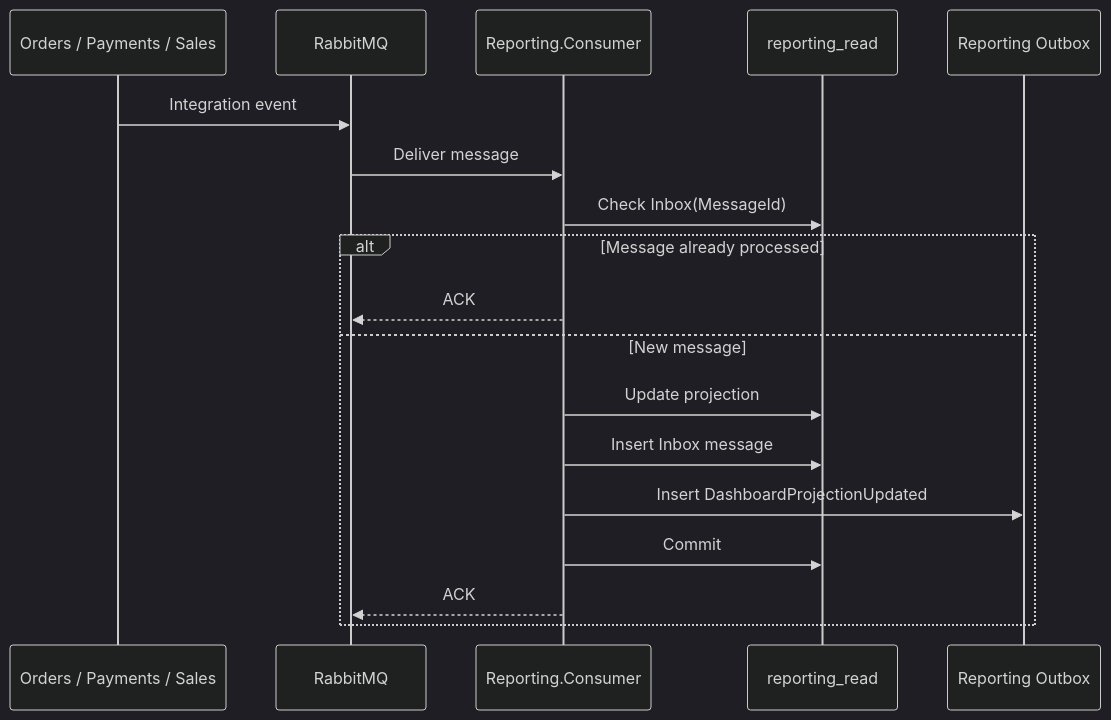
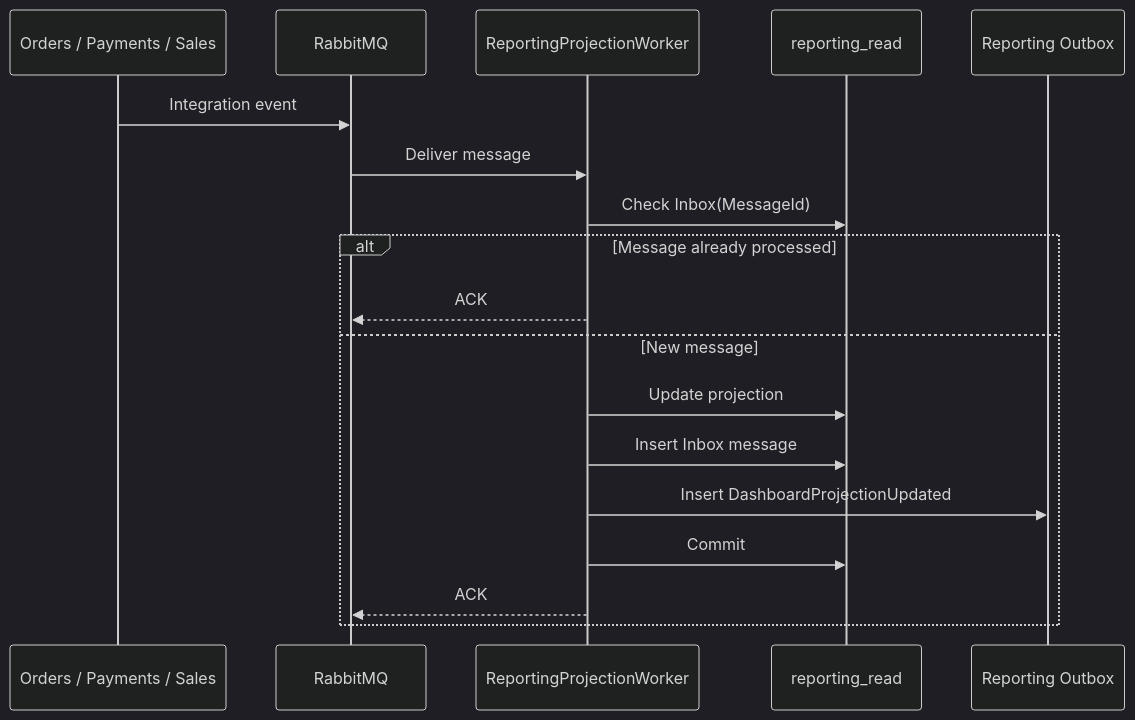
One commit to sergioocode/Restaurantes changed the third of 5 diagrams in docs/Reporting.README.md. Above: the diagram before and after it, drawn with Mermaid (dark theme). The commit also changed other lines of this file and 257 other files, not shown here.

````diff
--- a/docs/Reporting.README.md
+++ b/docs/Reporting.README.md
@@ -308,23 +305,23 @@
 ```mermaid
 sequenceDiagram
     participant S as Orders / Payments / Sales
     participant R as RabbitMQ
-    participant C as Reporting.Consumer
+    participant C as ReportingProjectionWorker
     participant DB as reporting_read
     participant O as Reporting Outbox
 
     S->>R: Integration event
     R->>C: Deliver message
 
     C->>DB: Check Inbox(MessageId)
 
     alt Message already processed
         C-->>R: ACK
     else New message
         C->>DB: Update projection
         C->>DB: Insert Inbox message
         C->>O: Insert DashboardProjectionUpdated
         C->>DB: Commit
         C-->>R: ACK
     end
 ```
````
